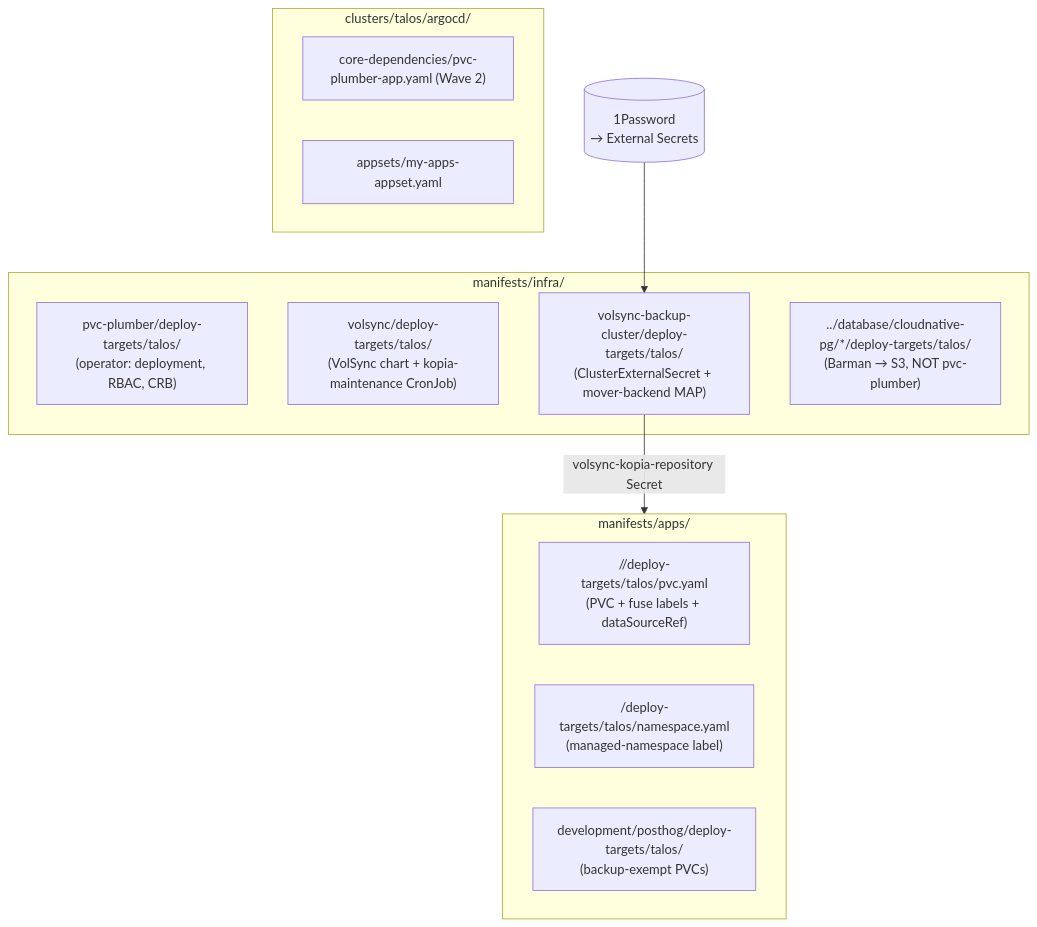
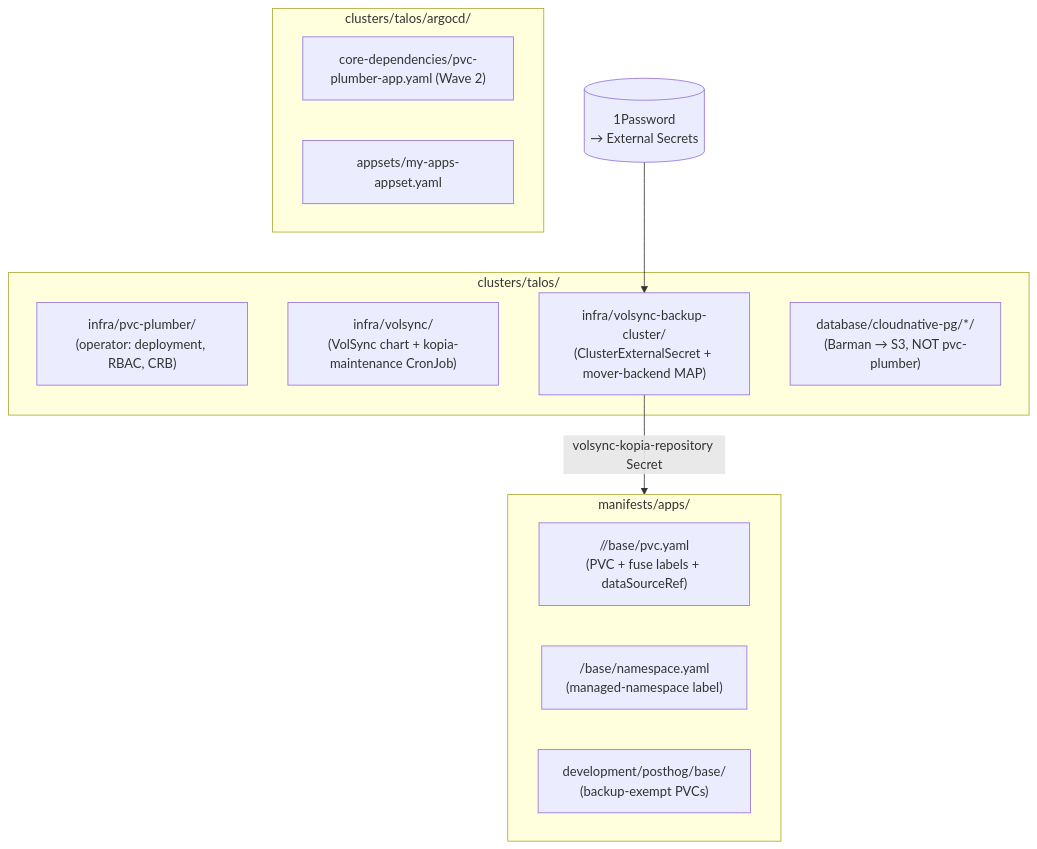
Before and after one commit to mitchross/talos-argocd-proxmox: the first of 4 diagrams in docs/talos-argocd-pvc-plumber-integration.md, drawn with Mermaid. The commit also changed other lines of this file and 1341 other files, not shown here.

````diff
--- a/docs/talos-argocd-pvc-plumber-integration.md
+++ b/docs/talos-argocd-pvc-plumber-integration.md
@@ -10,20 +10,20 @@
 ```mermaid
 flowchart TD
-    subgraph Infra["manifests/infra/"]
-        PP["pvc-plumber/deploy-targets/talos/\n(operator: deployment, RBAC, CRB)"]
-        VS["volsync/deploy-targets/talos/\n(VolSync chart + kopia-maintenance CronJob)"]
-        VBC["volsync-backup-cluster/deploy-targets/talos/\n(ClusterExternalSecret + mover-backend MAP)"]
-        CNPG["../database/cloudnative-pg/*/deploy-targets/talos/\n(Barman → S3, NOT pvc-plumber)"]
+    subgraph Infra["clusters/talos/"]
+        PP["infra/pvc-plumber/\n(operator: deployment, RBAC, CRB)"]
+        VS["infra/volsync/\n(VolSync chart + kopia-maintenance CronJob)"]
+        VBC["infra/volsync-backup-cluster/\n(ClusterExternalSecret + mover-backend MAP)"]
+        CNPG["database/cloudnative-pg/*/\n(Barman → S3, NOT pvc-plumber)"]
     end
     subgraph Apps["manifests/apps/"]
-        APV["<category>/<app>/deploy-targets/talos/pvc.yaml\n(PVC + fuse labels + dataSourceRef)"]
-        ANS["<app>/deploy-targets/talos/namespace.yaml\n(managed-namespace label)"]
-        POSTHOG["development/posthog/deploy-targets/talos/\n(backup-exempt PVCs)"]
+        APV["<category>/<app>/base/pvc.yaml\n(PVC + fuse labels + dataSourceRef)"]
+        ANS["<app>/base/namespace.yaml\n(managed-namespace label)"]
+        POSTHOG["development/posthog/base/\n(backup-exempt PVCs)"]
     end
     subgraph Argo["clusters/talos/argocd/"]
         ENT["core-dependencies/pvc-plumber-app.yaml (Wave 2)"]
         AS["appsets/my-apps-appset.yaml"]
     end
     OnePW[("1Password\n→ External Secrets")] --> VBC
     VBC -->|volsync-kopia-repository Secret| Apps
 ```
````
